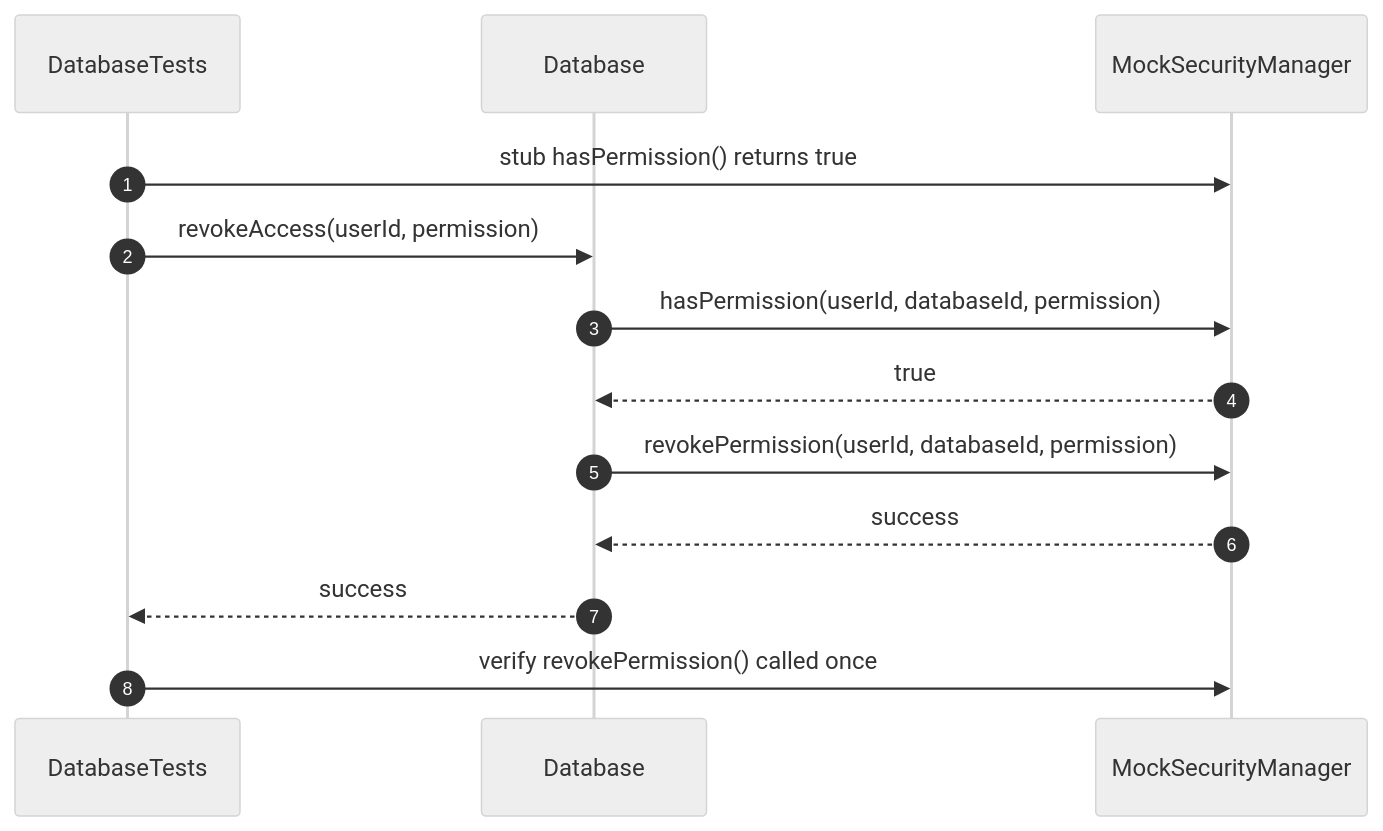
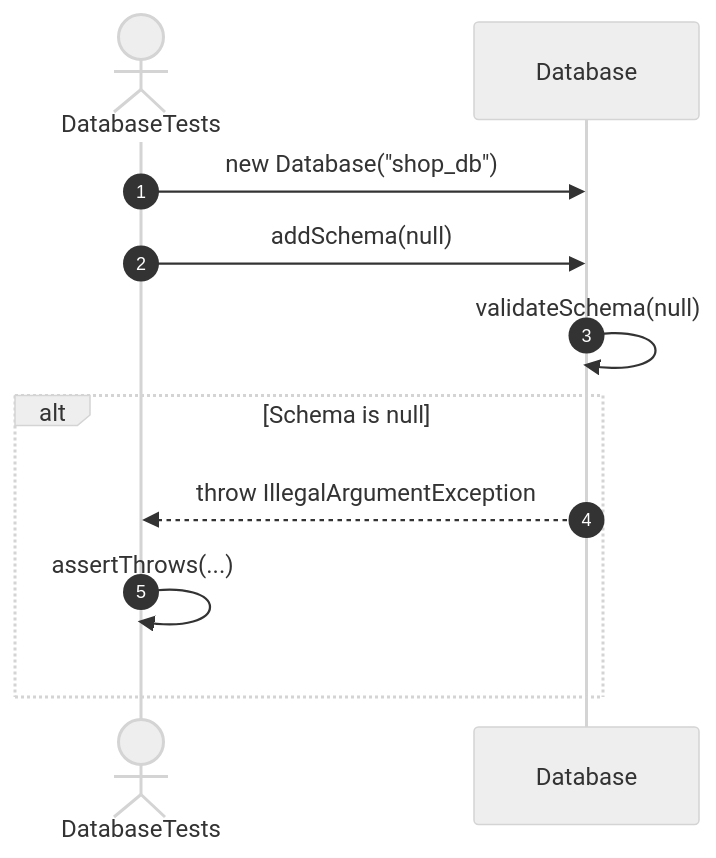
One commit to FhuAnn/-bbv-AN-s-DBMS changed diagram 14 of 41 in src/tests/unit/database/sequences/database-testing.se.md. Above: the diagram before and after it, drawn with Mermaid (neutral theme). The commit also changed other lines of this file and 60 other files, not shown here.

````diff
--- a/src/tests/unit/database/sequences/database-testing.se.md
+++ b/src/tests/unit/database/sequences/database-testing.se.md
@@ -336,21 +372,17 @@
 ```mermaid
 sequenceDiagram
     autonumber
 
-    participant Test as DatabaseTests
-    participant Database
-    participant Security as MockSecurityManager
+    actor Test as DatabaseTests
+    participant DB as Database
 
-    Test->>Security: stub hasPermission() returns true
-    Test->>Database: revokeAccess(userId, permission)
+    Test->>DB: new Database("shop_db")
+    Test->>DB: addSchema(null)
 
-    Database->>Security: hasPermission(userId, databaseId, permission)
-    Security-->>Database: true
+    DB->>DB: validateSchema(null)
 
-    Database->>Security: revokePermission(userId, databaseId, permission)
-    Security-->>Database: success
-
-    Database-->>Test: success
-
-    Test->>Security: verify revokePermission() called once
+    alt Schema is null
+        DB-->>Test: throw IllegalArgumentException
+        Test->>Test: assertThrows(...)
+    end
 ```
````
